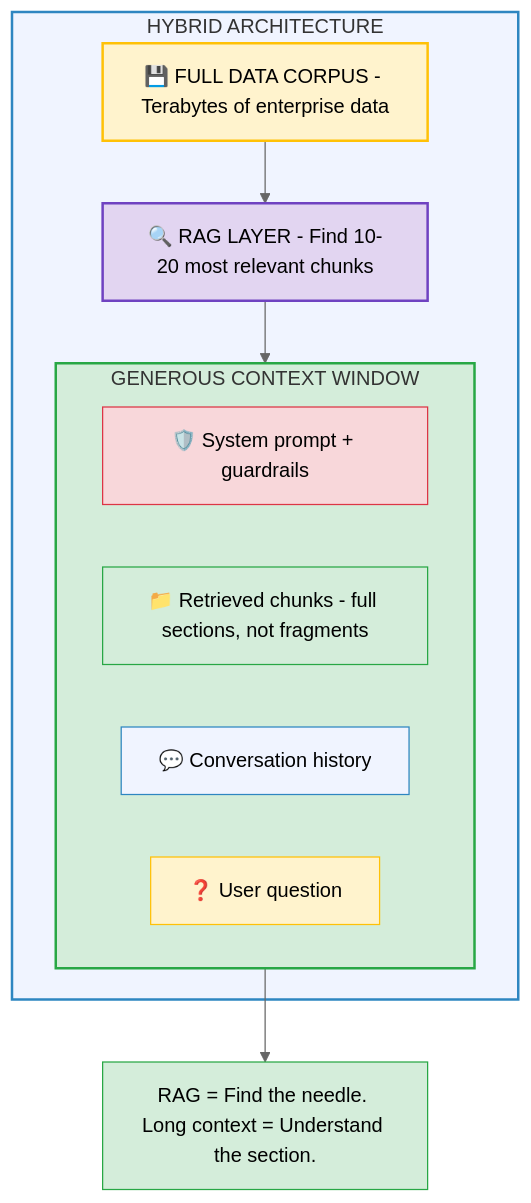
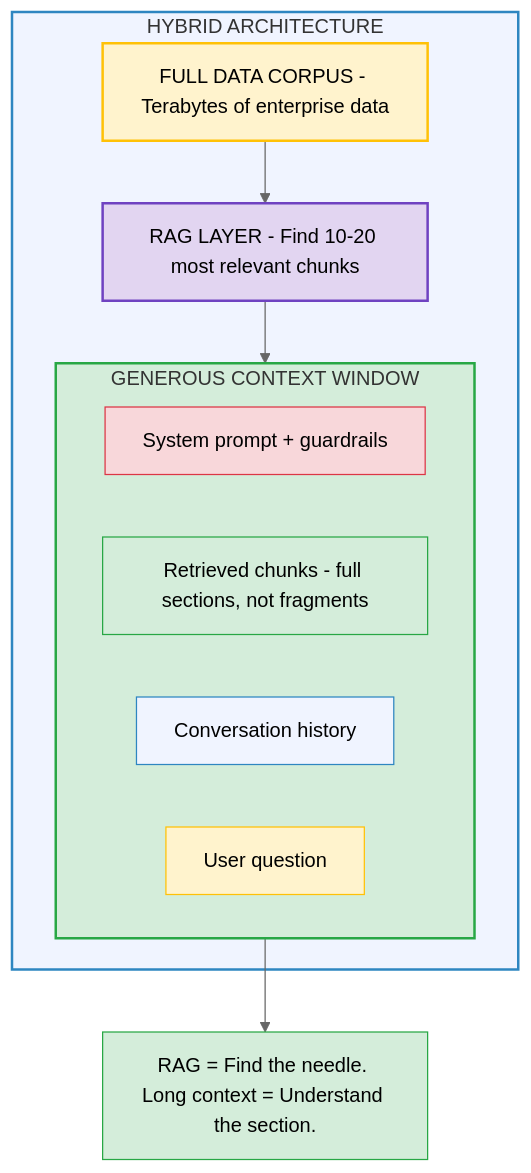
The fourth of 5 diagrams in docs/05-rag-vs-long-context.md (ithinktavo/GenAI-Engineering-Handbook), drawn with Mermaid (neutral theme) before and after one commit. The commit also changed other lines of this file and 10 other files, not shown here.

Commit message:
Diagram updates

````diff
--- a/docs/05-rag-vs-long-context.md
+++ b/docs/05-rag-vs-long-context.md
@@ -161,29 +170,29 @@
 ```mermaid
 graph TD
     subgraph HYBRID["HYBRID ARCHITECTURE"]
-        DC["💾 FULL DATA CORPUS - Terabytes of enterprise data"]
-        RL["🔍 RAG LAYER - Find 10-20 most relevant chunks"]
+        DC["FULL DATA CORPUS - Terabytes of enterprise data"]
+        RL["RAG LAYER - Find 10-20 most relevant chunks"]
 
         subgraph CTX["GENEROUS CONTEXT WINDOW"]
-            S["🛡️ System prompt + guardrails"]
-            CH["📁 Retrieved chunks - full sections, not fragments"]
-            HI["💬 Conversation history"]
-            UQ["❓ User question"]
+            S["System prompt + guardrails"]
+            CH["Retrieved chunks - full sections, not fragments"]
+            HI["Conversation history"]
+            UQ["User question"]
         end
 
         DC --> RL --> CTX
     end
 
     P["RAG = Find the needle. Long context = Understand the section."]
     CTX --> P
 
     style HYBRID fill:#f0f4ff,stroke:#2E86C1,stroke-width:2px
     style DC fill:#fff3cd,stroke:#ffc107,stroke-width:2px
     style RL fill:#e2d5f1,stroke:#6f42c1,stroke-width:2px
     style CTX fill:#d4edda,stroke:#28a745,stroke-width:2px
     style S fill:#f8d7da,stroke:#dc3545
     style CH fill:#d4edda,stroke:#28a745
     style HI fill:#f0f4ff,stroke:#2E86C1
     style UQ fill:#fff3cd,stroke:#ffc107
     style P fill:#d4edda,stroke:#28a745
 ```
````
